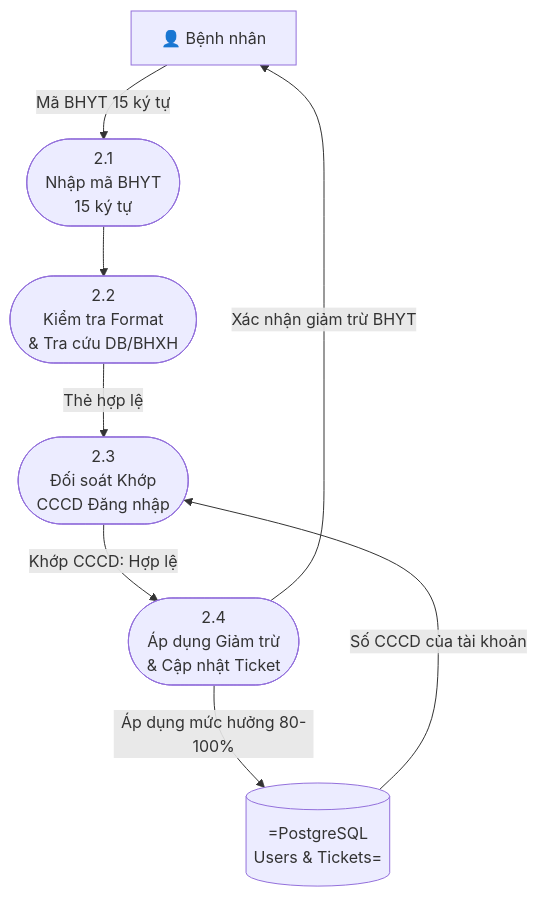
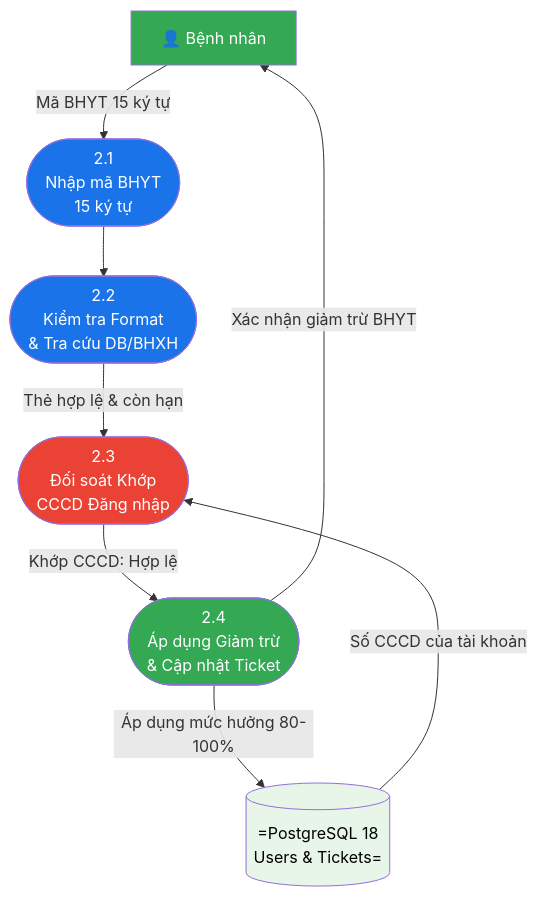
The fifth of 19 diagrams in So_Do_Mermaid.md (nguyng/DOANTRITUENHANTAO), drawn with Mermaid before and after one commit. The commit also changed other lines of this file and 2 other files, not shown here.

Commit message:
docs: restore full diagrams in So_Do_Mermaid.md (18 diagrams) and Phan_Tich_He_Thong.md with zero YOLO references

````diff
--- a/So_Do_Mermaid.md
+++ b/So_Do_Mermaid.md
@@ -180,17 +180,24 @@
 ```mermaid
 graph TD
     BN["👤 Bệnh nhân"]
     P1(["2.1\nNhập mã BHYT\n15 ký tự"])
     P2(["2.2\nKiểm tra Format\n& Tra cứu DB/BHXH"])
     P3(["2.3\nĐối soát Khớp\nCCCD Đăng nhập"])
     P4(["2.4\nÁp dụng Giảm trừ\n& Cập nhật Ticket"])
-    DS1[("=PostgreSQL\nUsers & Tickets=")]
+    DS1[("=PostgreSQL 18\nUsers & Tickets=")]
 
     BN -->|"Mã BHYT 15 ký tự"| P1
     P1 --> P2
-    P2 -->|"Thẻ hợp lệ"| P3
+    P2 -->|"Thẻ hợp lệ & còn hạn"| P3
     DS1 -->|"Số CCCD của tài khoản"| P3
     P3 -->|"Khớp CCCD: Hợp lệ"| P4
     P4 -->|"Áp dụng mức hưởng 80-100%"| DS1
     P4 -->|"Xác nhận giảm trừ BHYT"| BN
+
+    style BN fill:#34a853,color:#fff
+    style P1 fill:#1a73e8,color:#fff
+    style P2 fill:#1a73e8,color:#fff
+    style P3 fill:#ea4335,color:#fff
+    style P4 fill:#34a853,color:#fff
+    style DS1 fill:#e8f5e9,color:#000
 ```
````
